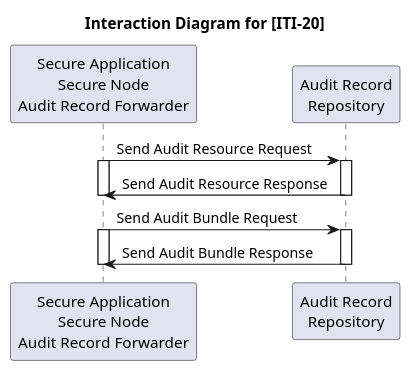
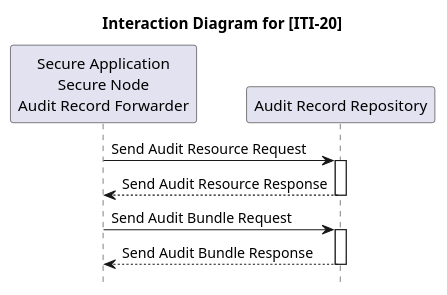
The diagram in input/images-source/RESTATNA_ActorDiagram_ITI-20.plantuml (ehealthsuisse/ch-epr-fhir), drawn with PlantUML before and after one commit. The commit also changed 33 other files, not shown here.

```diff
--- a/input/images-source/RESTATNA_ActorDiagram_ITI-20.plantuml
+++ b/input/images-source/RESTATNA_ActorDiagram_ITI-20.plantuml
@@ -1,24 +1,17 @@
 @startuml
 
 title Interaction Diagram for [ITI-20]
 
+hide footbox
+autoactivate on
+
 participant consumer as "Secure Application\nSecure Node\nAudit Record Forwarder"
-participant responder as "Audit Record\nRepository"
+participant responder as "Audit Record Repository"
 
 consumer -> responder: Send Audit Resource Request
-activate consumer
-activate responder
-
-responder -> consumer: Send Audit Resource Response
-deactivate responder
-deactivate consumer
+responder --> consumer: Send Audit Resource Response
 
 consumer -> responder: Send Audit Bundle Request
-activate consumer
-activate responder
-
-responder -> consumer: Send Audit Bundle Response
-deactivate responder
-deactivate consumer
+responder --> consumer: Send Audit Bundle Response
 
 @enduml 
```
